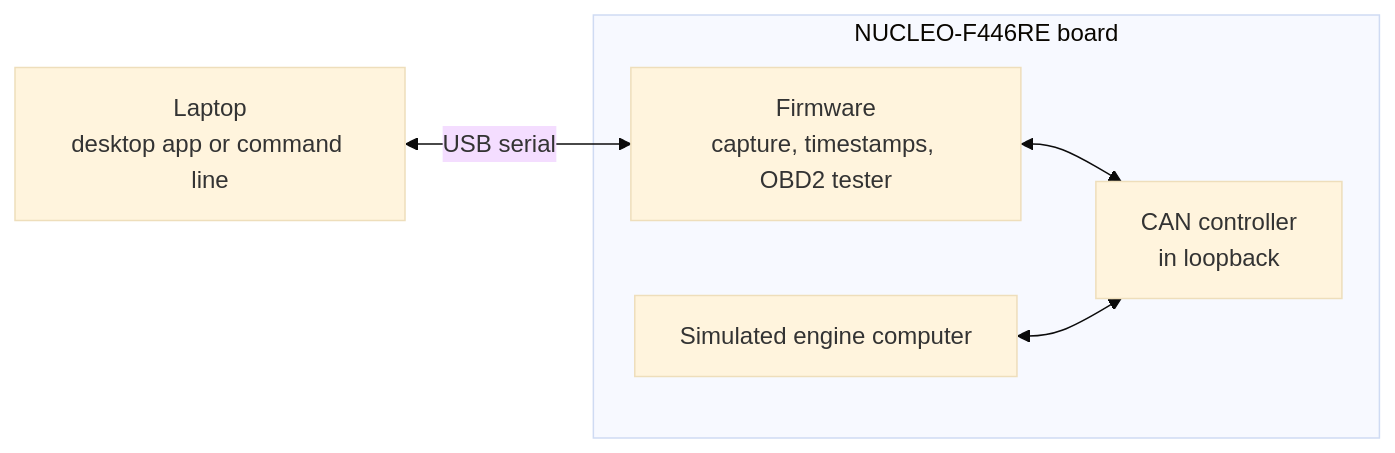
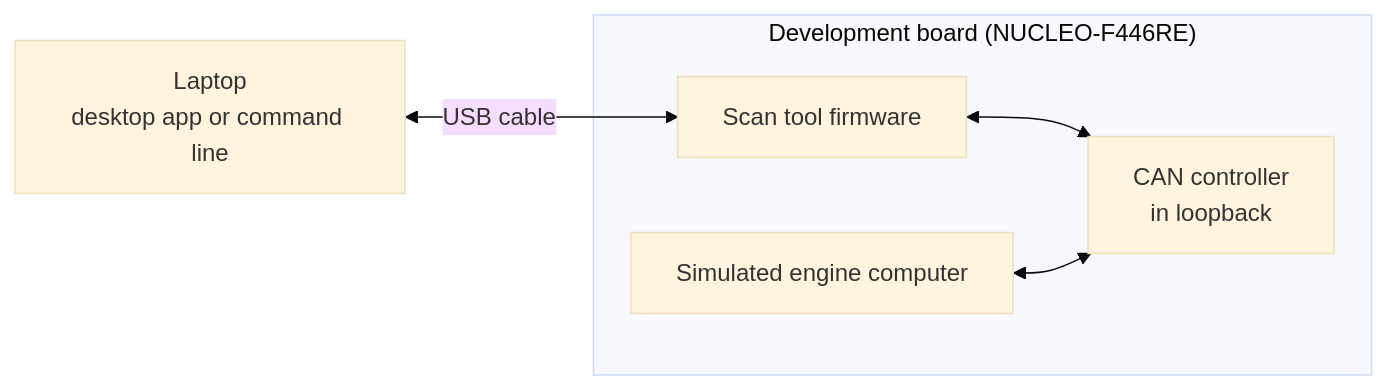
The diagram in README.md (ka5j/obd2-sniffer), drawn with Mermaid (base theme) before and after one commit. The commit also changed other lines of this file, not shown here.

````diff
--- a/README.md
+++ b/README.md
@@ -70,8 +52,8 @@
 ```mermaid
 flowchart LR
-    Laptop["Laptop<br/>desktop app or command line"] <-- USB serial --> FW
-    subgraph Board["NUCLEO-F446RE board"]
-        FW["Firmware<br/>capture, timestamps, OBD2 tester"] <--> CAN["CAN controller<br/>in loopback"]
+    Laptop["Laptop<br/>desktop app or command line"] <-- "USB cable" --> Tool
+    subgraph Board["Development board (NUCLEO-F446RE)"]
+        Tool["Scan tool firmware"] <--> CAN["CAN controller<br/>in loopback"]
         ECU["Simulated engine computer"] <--> CAN
     end
 ```
````
